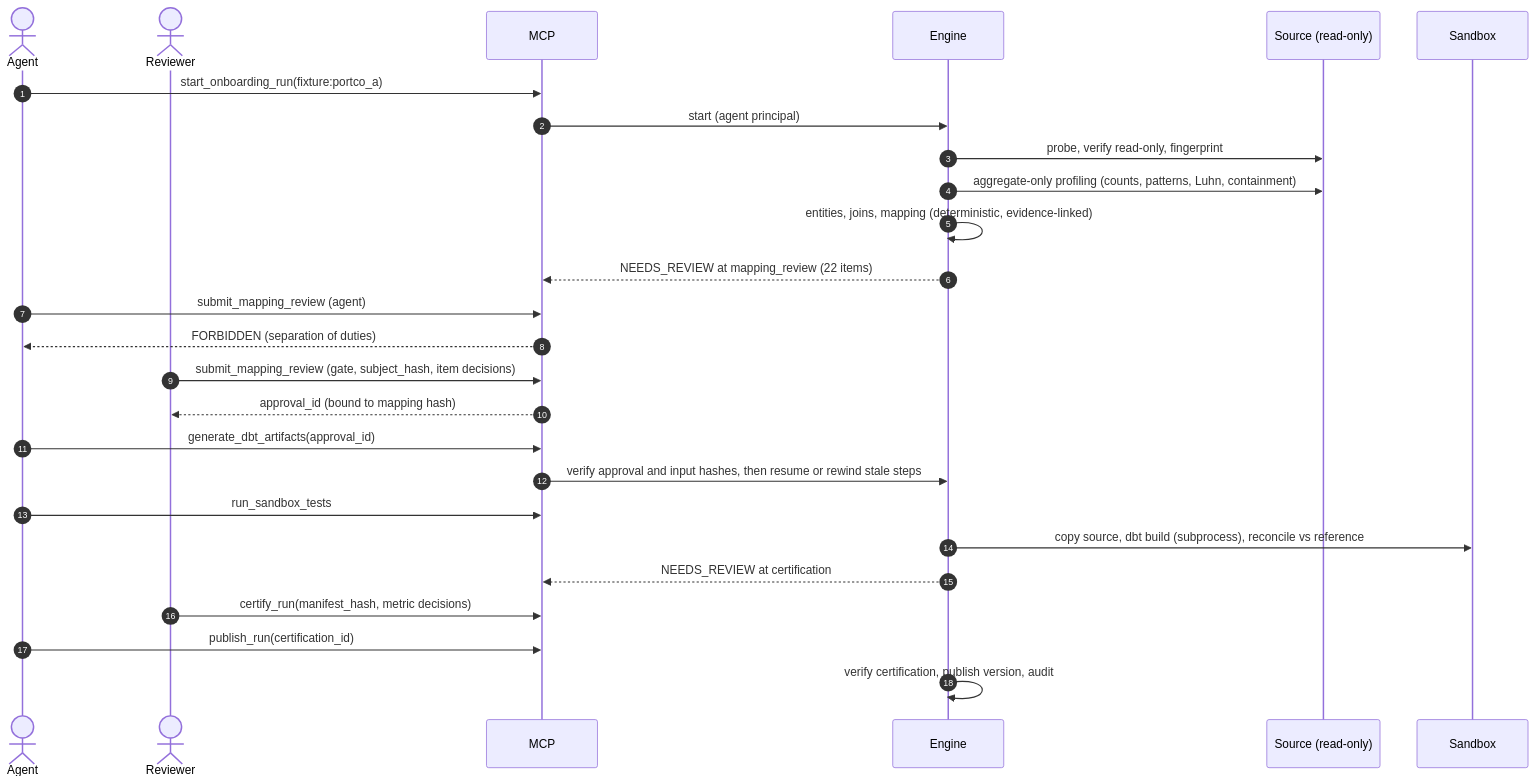
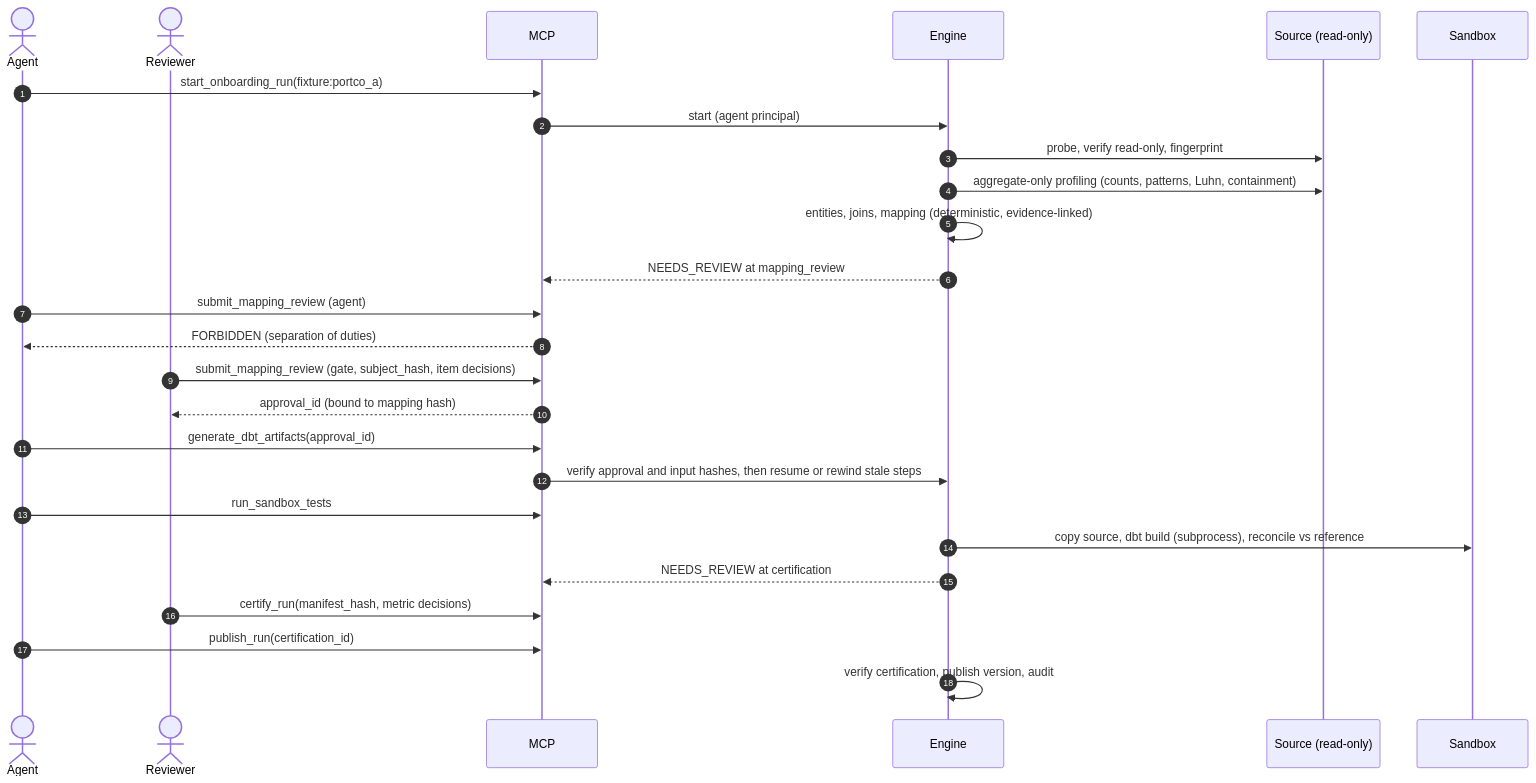
One commit to ahines99/portco-data-onboarding changed the second of 3 diagrams in docs/architecture.md. Above: the diagram before and after it, drawn with Mermaid. The commit also changed other lines of this file and 143 other files, not shown here.

````diff
--- a/docs/architecture.md
+++ b/docs/architecture.md
@@ -43,28 +47,28 @@
 ```mermaid
 sequenceDiagram
   autonumber
   actor Agent
   actor Reviewer
   participant MCP
   participant Engine
   participant Source as Source (read-only)
   participant Sandbox
   Agent->>MCP: start_onboarding_run(fixture:portco_a)
   MCP->>Engine: start (agent principal)
   Engine->>Source: probe, verify read-only, fingerprint
   Engine->>Source: aggregate-only profiling (counts, patterns, Luhn, containment)
   Engine->>Engine: entities, joins, mapping (deterministic, evidence-linked)
-  Engine-->>MCP: NEEDS_REVIEW at mapping_review (22 items)
+  Engine-->>MCP: NEEDS_REVIEW at mapping_review
   Agent->>MCP: submit_mapping_review (agent)
   MCP-->>Agent: FORBIDDEN (separation of duties)
   Reviewer->>MCP: submit_mapping_review (gate, subject_hash, item decisions)
   MCP-->>Reviewer: approval_id (bound to mapping hash)
   Agent->>MCP: generate_dbt_artifacts(approval_id)
   MCP->>Engine: verify approval and input hashes, then resume or rewind stale steps
   Agent->>MCP: run_sandbox_tests
   Engine->>Sandbox: copy source, dbt build (subprocess), reconcile vs reference
   Engine-->>MCP: NEEDS_REVIEW at certification
   Reviewer->>MCP: certify_run(manifest_hash, metric decisions)
   Agent->>MCP: publish_run(certification_id)
   Engine->>Engine: verify certification, publish version, audit
 ```
````
